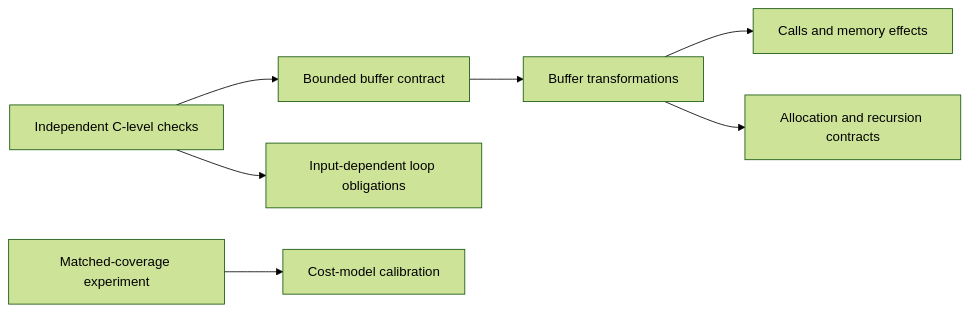
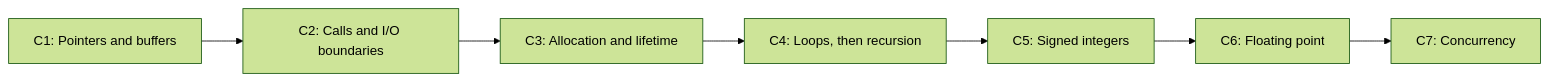
The diagram in docs/backlog.md (DeadKennedyx/C-SRD), drawn with Mermaid (forest theme) before and after one commit. The commit also changed other lines of this file and 6 other files, not shown here.

Commit message:
docs: plan one broader C-SRD coverage sequence

````diff
--- a/docs/backlog.md
+++ b/docs/backlog.md
@@ -42,9 +51,9 @@
 ```mermaid
 flowchart LR
-    V["Independent C-level checks"] --> M["Bounded buffer contract"]
-    M --> B["Buffer transformations"]
-    B --> E["Calls and memory effects"]
-    V --> L["Input-dependent loop obligations"]
-    B --> A["Allocation and recursion contracts"]
-    P["Matched-coverage experiment"] --> C["Cost-model calibration"]
+    C1["C1: Pointers and buffers"] --> C2["C2: Calls and I/O boundaries"]
+    C2 --> C3["C3: Allocation and lifetime"]
+    C3 --> C4["C4: Loops, then recursion"]
+    C4 --> C5["C5: Signed integers"]
+    C5 --> C6["C6: Floating point"]
+    C6 --> C7["C7: Concurrency"]
 ```
````
